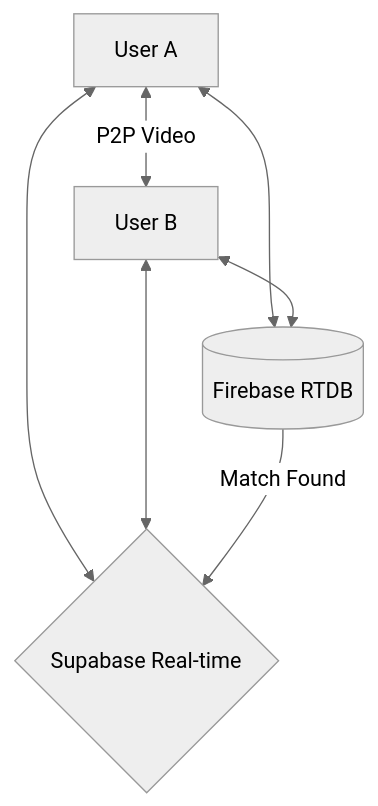
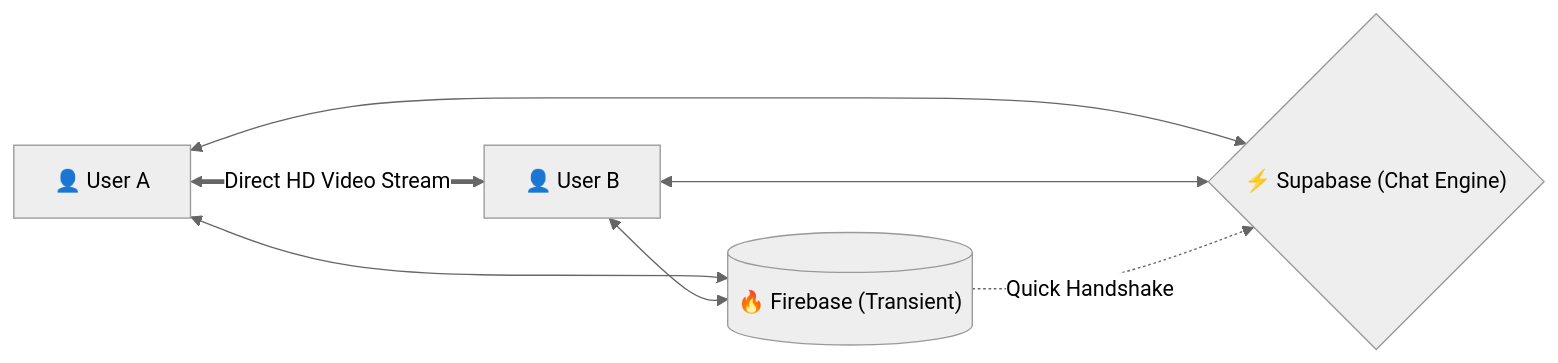
One commit to likhith3035/livetalkbylikki changed the diagram in README.md. Above: the diagram before and after it, drawn with Mermaid (neutral theme). The commit also changed other lines of this file, not shown here.

````diff
--- a/README.md
+++ b/README.md
@@ -49,9 +51,9 @@
 ```mermaid
-graph TD
-    UserA[User A] <--> FB[(Firebase RTDB)]
-    UserB[User B] <--> FB
-    UserA <--> SB{Supabase Real-time}
+graph LR
+    UserA["👤 User A"] <--> FB[("🔥 Firebase (Transient)")]
+    UserB["👤 User B"] <--> FB
+    UserA <--> SB{"⚡ Supabase (Chat Engine)"}
     UserB <--> SB
-    FB -- Match Found --> SB
-    UserA <-->|P2P Video| UserB
+    FB -. "Quick Handshake" .-> SB
+    UserA <== "Direct HD Video Stream" ==> UserB
 ```
````
